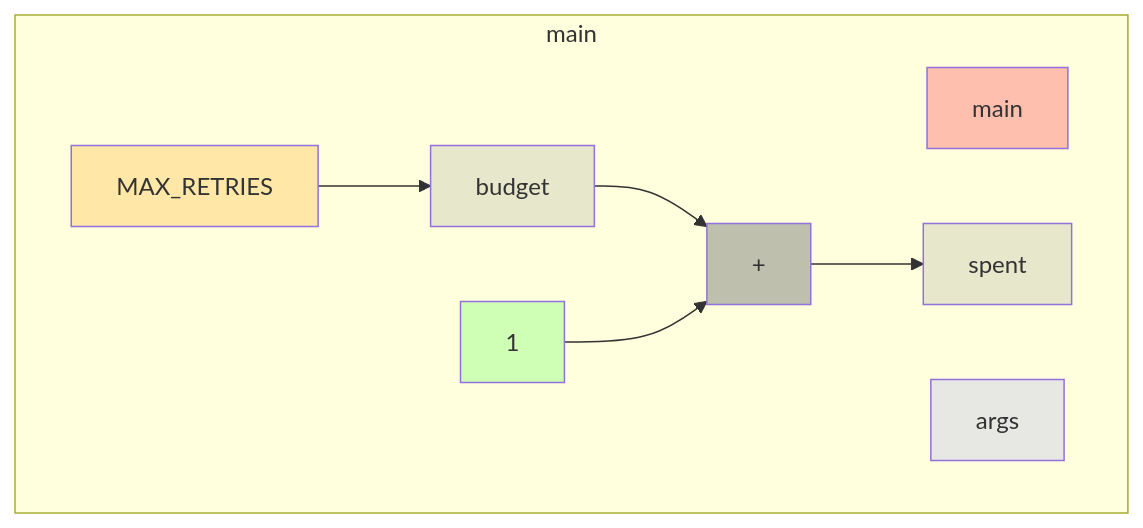
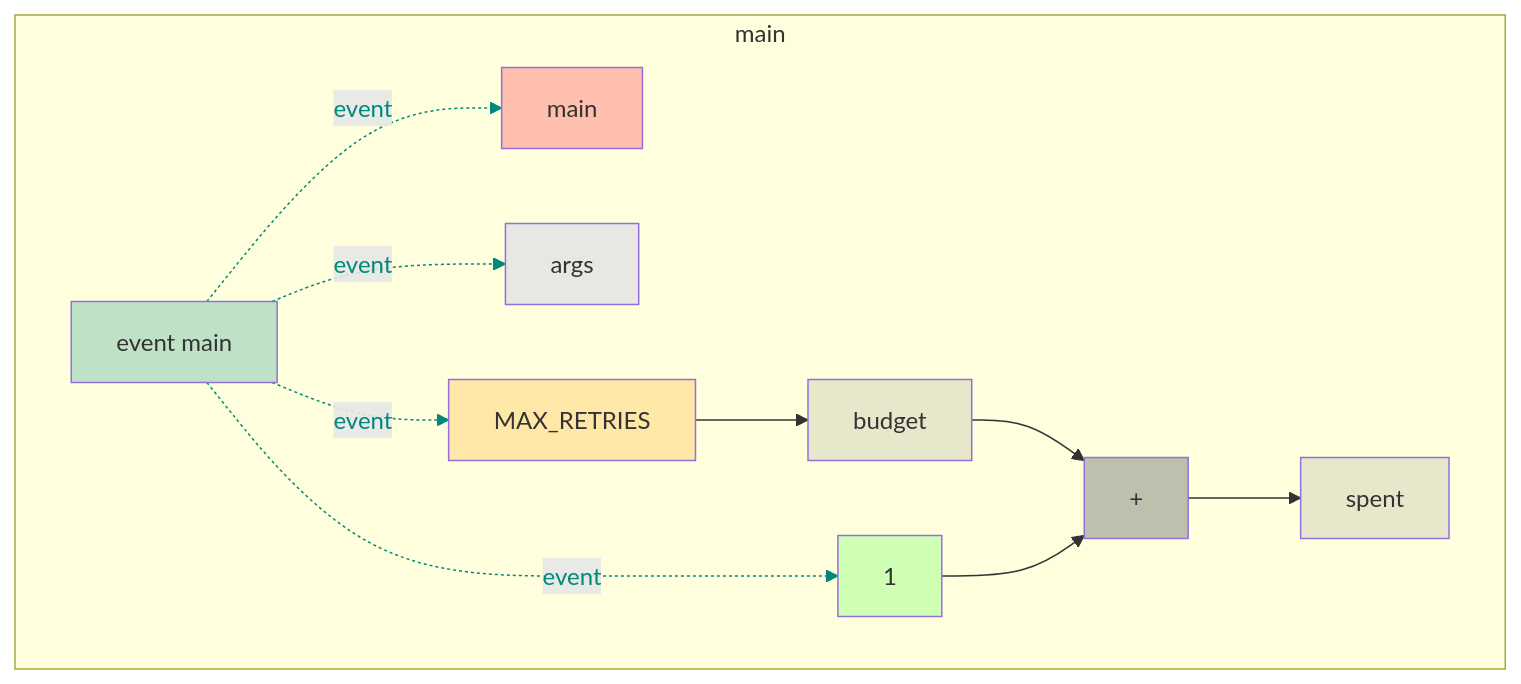
The diagram in app/src/test/resources/externalConstant/snapshot.md (gstiebler/codeflow), drawn with Mermaid before and after one commit. The commit also changed 77 other files, not shown here.

````diff
--- a/app/src/test/resources/externalConstant/snapshot.md
+++ b/app/src/test/resources/externalConstant/snapshot.md
@@ -1,23 +1,33 @@
 ```mermaid
 flowchart TD
   subgraph b0["main"]
-    n1[main]:::RETURN
-    n2[args]:::FUNC_PARAM
-    n3[MAX_RETRIES]:::EXTERNAL
-    n4[budget]:::VARIABLE
-    n5[1]:::LITERAL
-    n6[+]:::BIN_OP
-    n7[spent]:::VARIABLE
-    n3[MAX_RETRIES]:::EXTERNAL --> n4[budget]:::VARIABLE
-    n4[budget]:::VARIABLE --> n6[+]:::BIN_OP
-    n5[1]:::LITERAL --> n6[+]:::BIN_OP
-    n6[+]:::BIN_OP --> n7[spent]:::VARIABLE
+    n1[event main]:::EVENT
+    n2[main]:::RETURN
+    n3[args]:::FUNC_PARAM
+    n4[MAX_RETRIES]:::EXTERNAL
+    n5[budget]:::VARIABLE
+    n6[1]:::LITERAL
+    n7[+]:::BIN_OP
+    n8[spent]:::VARIABLE
+    n1[event main]:::EVENT -. event .-> n2[main]:::RETURN
+    n1[event main]:::EVENT -. event .-> n3[args]:::FUNC_PARAM
+    n1[event main]:::EVENT -. event .-> n4[MAX_RETRIES]:::EXTERNAL
+    n1[event main]:::EVENT -. event .-> n6[1]:::LITERAL
+    n4[MAX_RETRIES]:::EXTERNAL --> n5[budget]:::VARIABLE
+    n5[budget]:::VARIABLE --> n7[+]:::BIN_OP
+    n6[1]:::LITERAL --> n7[+]:::BIN_OP
+    n7[+]:::BIN_OP --> n8[spent]:::VARIABLE
   end
+  linkStyle 0 stroke:#00897b,color:#00897b
+  linkStyle 1 stroke:#00897b,color:#00897b
+  linkStyle 2 stroke:#00897b,color:#00897b
+  linkStyle 3 stroke:#00897b,color:#00897b
   classDef LITERAL fill:#00FF0030
   classDef VARIABLE fill:#80808030
   classDef BIN_OP fill:#80808080
   classDef FUNC_PARAM fill:#8080FF30
   classDef RETURN fill:#FF808080
   classDef EXTERNAL fill:#FFA50040
   classDef UNMODELLED fill:#FF000030,stroke-dasharray: 4 2
+  classDef EVENT fill:#00897B40
 ```
````
